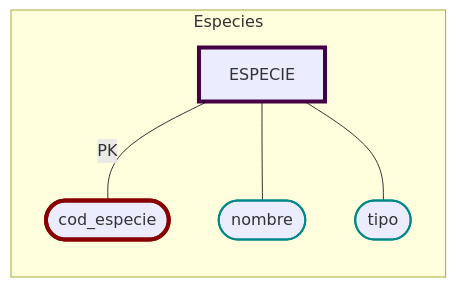
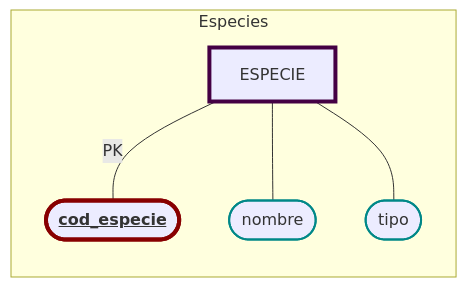
One commit to JulTob/BasesDeDatos changed the diagram in Practica/P1/Schema/Especies.md. Above: the diagram before and after it, drawn with Mermaid. The commit also changed 16 other files, not shown here.

````diff
--- a/Practica/P1/Schema/Especies.md
+++ b/Practica/P1/Schema/Especies.md
@@ -5,16 +5,16 @@
 ```mermaid
 flowchart LR   
   classDef atributo stroke:#088,stroke-width:2px;
   classDef pk stroke:#800,stroke-width:4px;
   classDef entidad stroke:#404,stroke-width:4px;
 
   %% Atributos ESPECIE
   subgraph Especies
     Especie[ESPECIE]:::entidad
-    Especie ---|PK| cod_especie([cod_especie]):::pk 
+    Especie ---|PK| cod_especie(["<b><u>cod_especie</u></b>"]):::pk
     Especie ---nombre_especie([nombre]):::atributo 
     Especie ---tipo_especie([tipo]):::atributo 
     end
 
 
 ```
````
